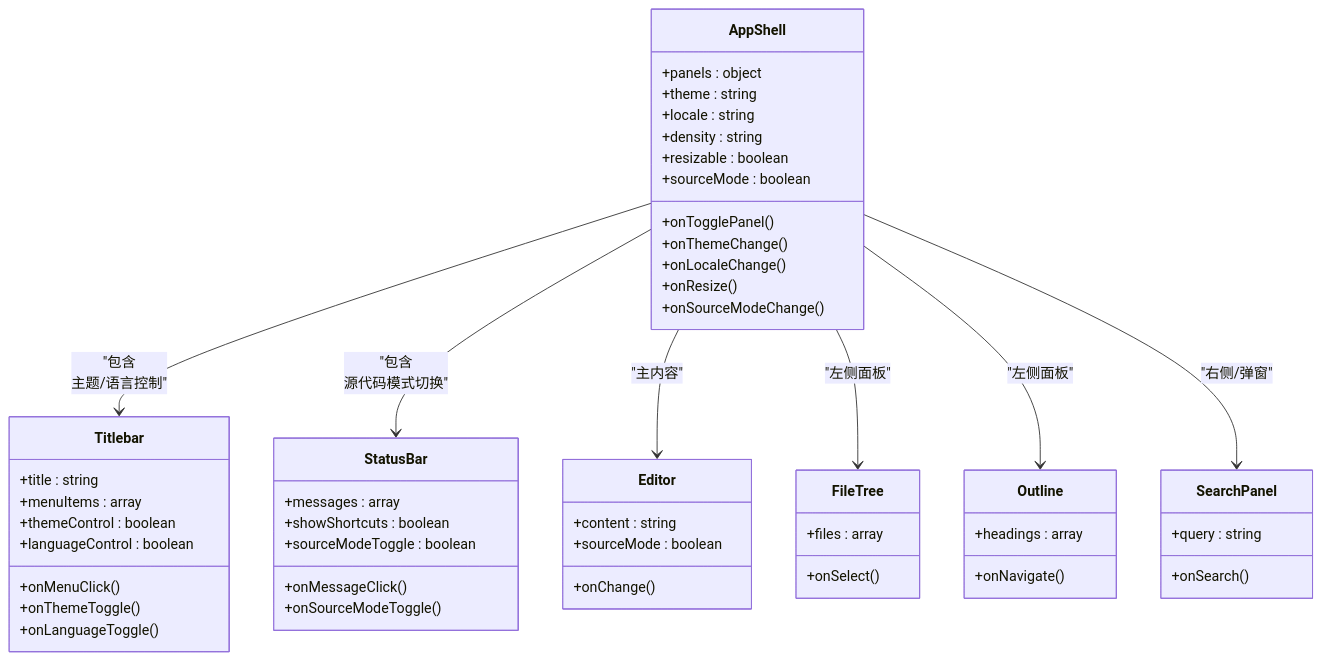
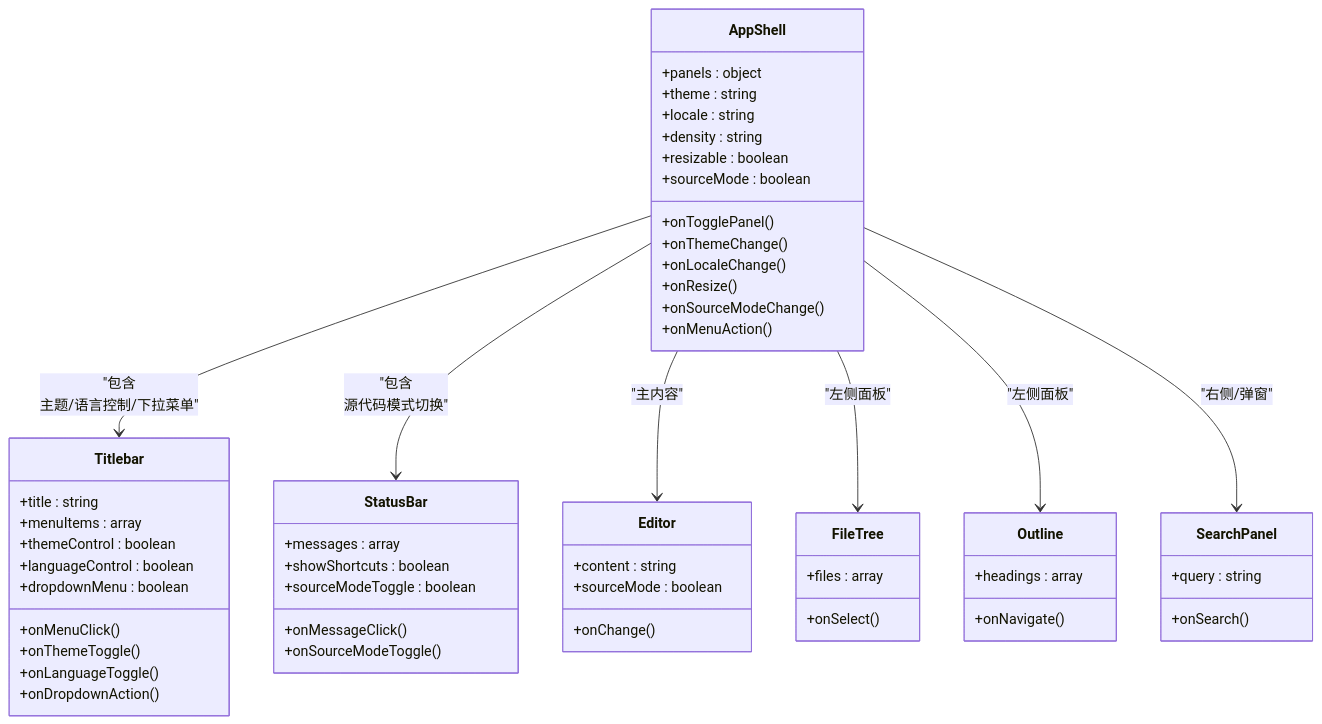
Before and after one commit to gongshiyun/ZenNote: the third of 4 diagrams in .qoder/repowiki/zh/content/布局系统.md, drawn with Mermaid. The commit also changed other lines of this file and 8 other files, not shown here.

````diff
--- a/.qoder/repowiki/zh/content/布局系统.md
+++ b/.qoder/repowiki/zh/content/布局系统.md
@@ -216,55 +219,58 @@
 ```mermaid
 classDiagram
 class AppShell {
 +panels : object
 +theme : string
 +locale : string
 +density : string
 +resizable : boolean
 +sourceMode : boolean
 +onTogglePanel()
 +onThemeChange()
 +onLocaleChange()
 +onResize()
 +onSourceModeChange()
++onMenuAction()
 }
 class Titlebar {
 +title : string
 +menuItems : array
 +themeControl : boolean
 +languageControl : boolean
++dropdownMenu : boolean
 +onMenuClick()
 +onThemeToggle()
 +onLanguageToggle()
++onDropdownAction()
 }
 class StatusBar {
 +messages : array
 +showShortcuts : boolean
 +sourceModeToggle : boolean
 +onMessageClick()
 +onSourceModeToggle()
 }
 class Editor {
 +content : string
 +sourceMode : boolean
 +onChange()
 }
 class FileTree {
 +files : array
 +onSelect()
 }
 class Outline {
 +headings : array
 +onNavigate()
 }
 class SearchPanel {
 +query : string
 +onSearch()
 }
-AppShell --> Titlebar : "包含<br/>主题/语言控制"
+AppShell --> Titlebar : "包含<br/>主题/语言控制/下拉菜单"
 AppShell --> StatusBar : "包含<br/>源代码模式切换"
 AppShell --> Editor : "主内容"
 AppShell --> FileTree : "左侧面板"
 AppShell --> Outline : "左侧面板"
 AppShell --> SearchPanel : "右侧/弹窗"
 ```
````
